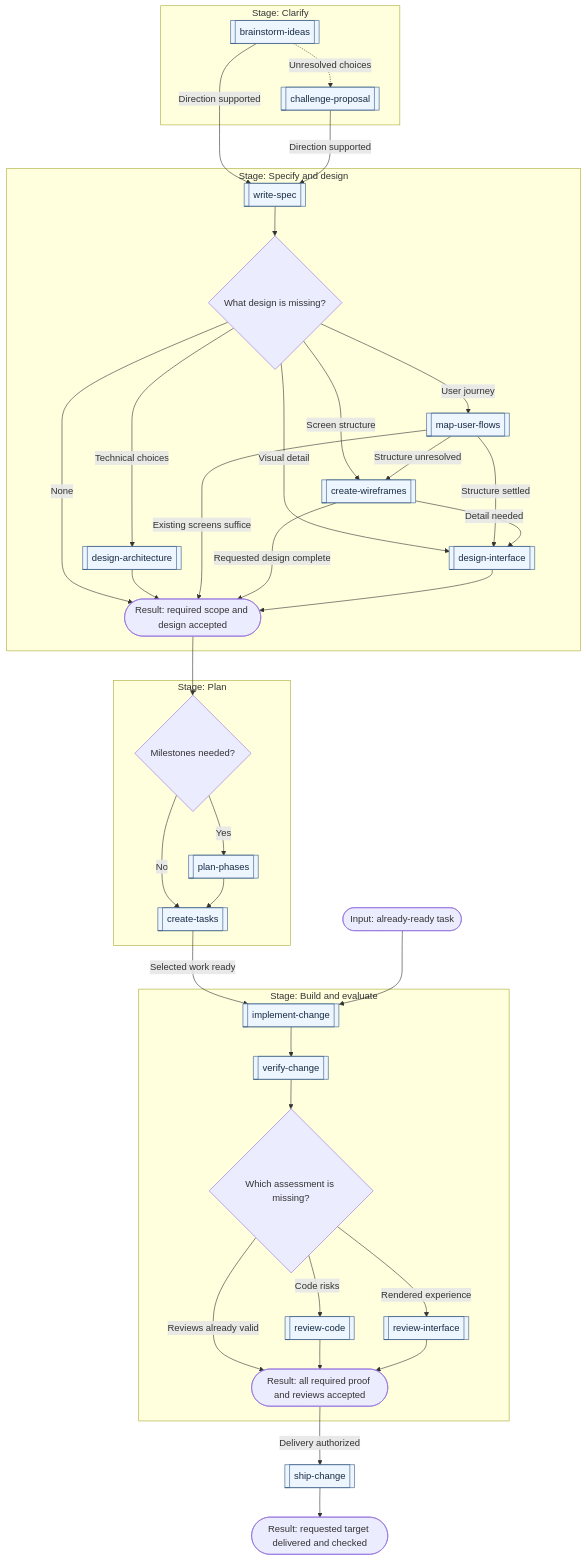
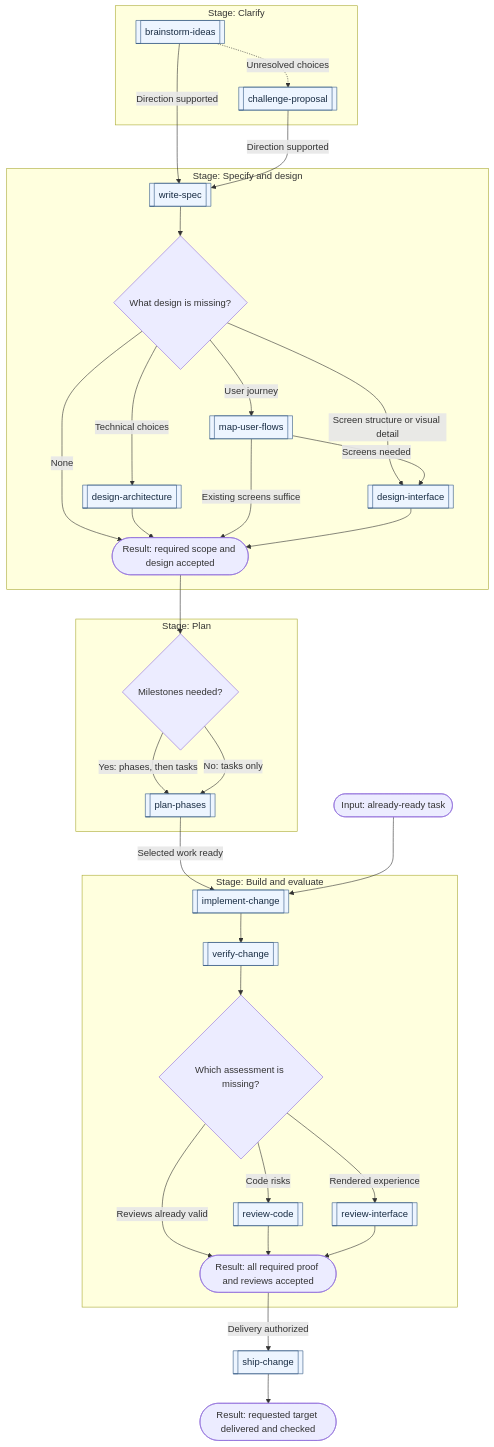
One commit to bobalazek/skills changed the diagram in README.md. Above: the diagram before and after it, drawn with Mermaid. The commit also changed other lines of this file and 67 other files, not shown here.

````diff
--- a/README.md
+++ b/README.md
@@ -77,44 +76,39 @@
 ```mermaid
 flowchart TD
   subgraph Explore["Stage: Clarify"]
     Idea[["brainstorm-ideas"]] -. "Unresolved choices" .-> Challenge[["challenge-proposal"]]
   end
   Idea -->|Direction supported| Spec
   Challenge -->|Direction supported| Spec
   subgraph Design["Stage: Specify and design"]
     Spec[["write-spec"]] --> Need{"What design is missing?"}
     Need -->|Technical choices| Architecture[["design-architecture"]]
     Need -->|User journey| Flow[["map-user-flows"]]
-    Need -->|Screen structure| Wire[["create-wireframes"]]
-    Need -->|Visual detail| Screen[["design-interface"]]
-    Flow -->|Structure unresolved| Wire
-    Flow -->|Structure settled| Screen
-    Wire -->|Detail needed| Screen
+    Need -->|Screen structure or visual detail| Screen[["design-interface"]]
+    Flow -->|Screens needed| Screen
     Need -->|None| Agreed(["Result: required scope and design accepted"])
     Architecture --> Agreed
     Flow -->|Existing screens suffice| Agreed
-    Wire -->|Requested design complete| Agreed
     Screen --> Agreed
   end
   Agreed --> Size{"Milestones needed?"}
   subgraph Plan["Stage: Plan"]
-    Size -->|Yes| Phases[["plan-phases"]]
-    Size -->|No| Tasks[["create-tasks"]]
-    Phases --> Tasks
+    Size -->|"Yes: phases, then tasks"| Phases[["plan-phases"]]
+    Size -->|"No: tasks only"| Phases
   end
-  Tasks -->|Selected work ready| Build
+  Phases -->|Selected work ready| Build
   Ready(["Input: already-ready task"]) --> Build
   subgraph Evaluate["Stage: Build and evaluate"]
     Build[["implement-change"]] --> Verify[["verify-change"]]
     Verify --> Review{"Which assessment is missing?"}
     Review -->|Code risks| Code[["review-code"]]
     Review -->|Rendered experience| UI[["review-interface"]]
     Review -->|Reviews already valid| Accepted(["Result: all required proof and reviews accepted"])
     Code --> Accepted
     UI --> Accepted
   end
   Accepted -->|Delivery authorized| Ship[["ship-change"]]
   Ship --> Delivered(["Result: requested target delivered and checked"])
   classDef skill fill:#edf5ff,stroke:#355b85,color:#172b42;
-  class Idea,Challenge,Spec,Architecture,Flow,Wire,Screen,Phases,Tasks,Build,Verify,Code,UI,Ship skill;
+  class Idea,Challenge,Spec,Architecture,Flow,Screen,Phases,Build,Verify,Code,UI,Ship skill;
 ```
````
